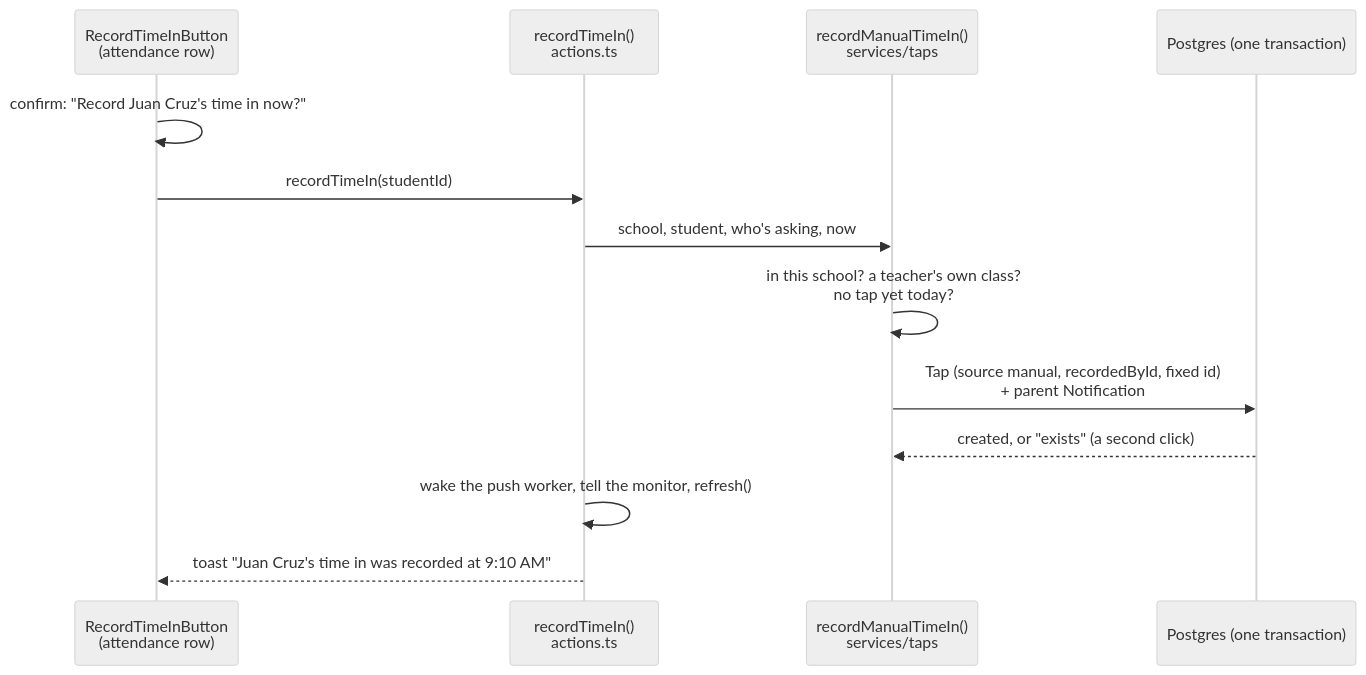
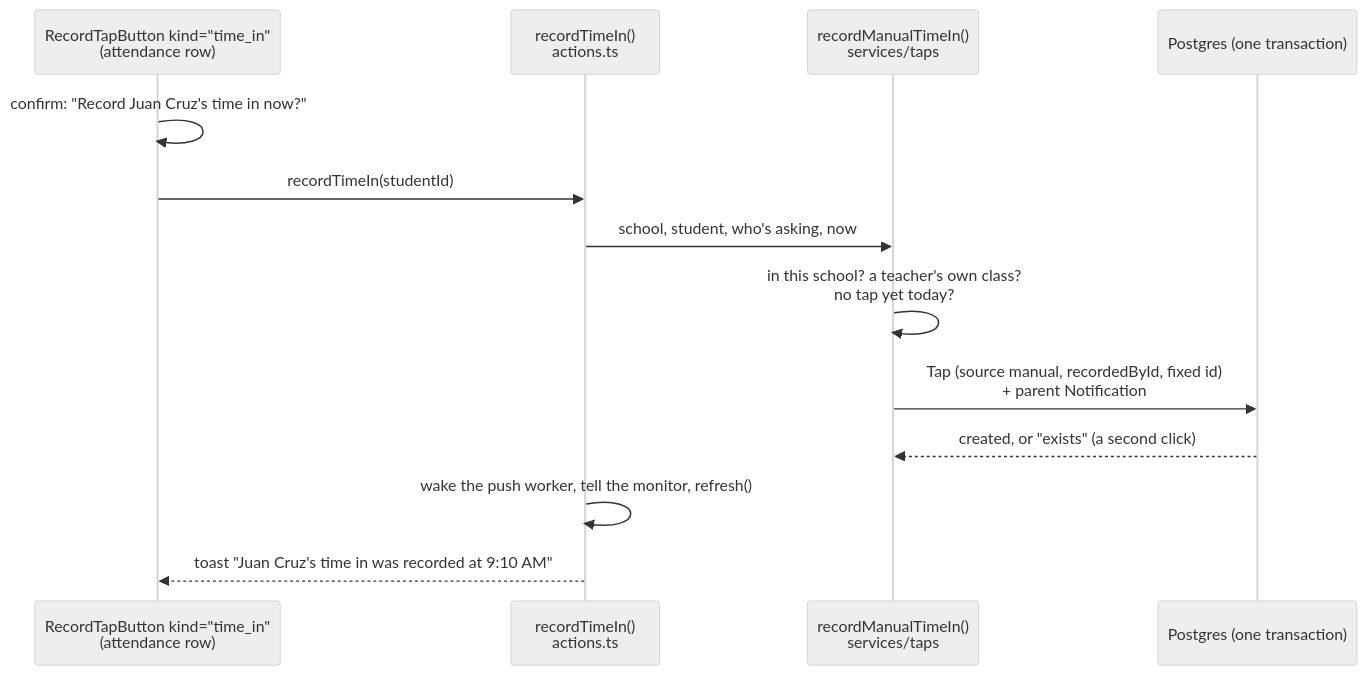
Before and after one commit to psmacabulos/talaan: the third of 3 diagrams in docs/ATTENDANCE-MODEL.md, drawn with Mermaid (neutral theme). The commit also changed other lines of this file and 17 other files, not shown here.

Commit message:
feat(attendance): record a student's time out by hand

````diff
--- a/docs/ATTENDANCE-MODEL.md
+++ b/docs/ATTENDANCE-MODEL.md
@@ -149,15 +149,15 @@
 ```mermaid
 sequenceDiagram
-    participant Row as RecordTimeInButton<br/>(attendance row)
+    participant Row as RecordTapButton kind="time_in"<br/>(attendance row)
     participant Action as recordTimeIn()<br/>actions.ts
     participant Service as recordManualTimeIn()<br/>services/taps
     participant DB as Postgres (one transaction)
     Row->>Row: confirm: "Record Juan Cruz's time in now?"
     Row->>Action: recordTimeIn(studentId)
     Action->>Service: school, student, who's asking, now
     Service->>Service: in this school? a teacher's own class?<br/>no tap yet today?
     Service->>DB: Tap (source manual, recordedById, fixed id)<br/>+ parent Notification
     DB-->>Service: created, or "exists" (a second click)
     Action->>Action: wake the push worker, tell the monitor, refresh()
     Action-->>Row: toast "Juan Cruz's time in was recorded at 9:10 AM"
 ```
````
